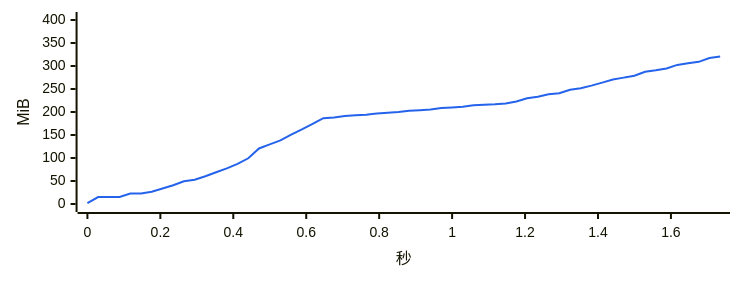
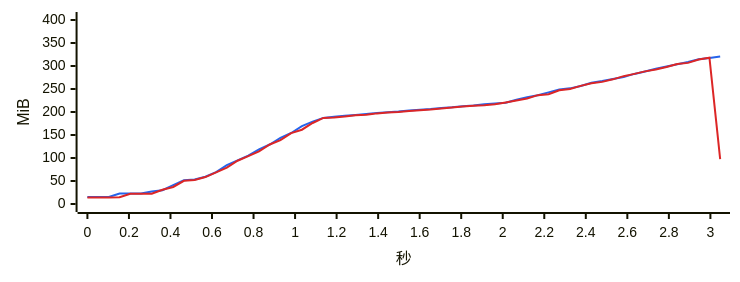
Diagram 14 of 17 in bench/v4.0.0/summary.md (334456777/WeFlow), drawn with Mermaid before and after one commit. The commit also changed other lines of this file and 3 other files, not shown here.

````diff
--- a/bench/v4.0.0/summary.md
+++ b/bench/v4.0.0/summary.md
@@ -419,7 +430,8 @@
 ```mermaid
-%%{init: {"xyChart": {"width": 720, "height": 260}, "themeVariables": {"xyChart": {"plotColorPalette": "#2563eb"}}}}%%
+%%{init: {"xyChart": {"width": 720, "height": 260}, "themeVariables": {"xyChart": {"plotColorPalette": "#2563eb, #dc2626"}}}}%%
 xychart-beta
-    x-axis "秒" 0 --> 1.735
+    x-axis "秒" 0 --> 3.047
     y-axis "MiB" 0 --> 400
-    line [1.8, 15.2, 15.2, 15.2, 22.6, 22.6, 26.7, 33.6, 40.8, 49.4, 52.8, 60.3, 69.0, 77.4, 87.2, 99.4, 120.7, 129.5, 138.4, 150.6, 162.0, 174.3, 186.6, 188.1, 191.1, 192.7, 194.1, 196.8, 198.5, 200.0, 202.6, 204.0, 205.6, 208.6, 209.9, 211.6, 214.5, 215.8, 216.7, 218.4, 223.0, 229.8, 233.2, 238.5, 240.8, 248.3, 251.7, 257.3, 263.9, 270.7, 274.7, 278.8, 287.6, 290.6, 294.7, 302.4, 306.2, 309.0, 317.2, 320.8]
+    line [15.1, 15.1, 15.1, 22.6, 22.6, 22.6, 27.2, 30.1, 41.0, 51.7, 53.1, 59.2, 69.4, 84.4, 94.7, 105.0, 118.9, 129.3, 143.8, 154.4, 169.3, 179.2, 187.2, 189.8, 192.1, 193.7, 195.7, 198.1, 199.4, 201.0, 203.4, 205.1, 206.6, 208.9, 210.3, 212.5, 214.3, 216.7, 218.3, 220.1, 226.6, 232.1, 236.4, 242.6, 248.9, 251.4, 256.5, 263.7, 267.3, 271.6, 276.2, 282.8, 288.1, 293.9, 299.1, 303.7, 308.6, 314.5, 317.6, 320.8]
+    line [14.3, 14.3, 14.3, 14.9, 22.3, 22.3, 22.3, 31.0, 37.0, 50.4, 52.3, 58.5, 68.7, 78.9, 94.1, 104.0, 114.3, 129.4, 138.8, 154.2, 161.5, 176.1, 187.1, 188.3, 190.4, 193.1, 194.2, 197.0, 198.9, 199.9, 202.4, 204.0, 205.6, 207.8, 209.6, 211.8, 213.6, 214.7, 217.0, 220.7, 224.9, 229.4, 236.6, 238.5, 247.3, 250.1, 256.8, 262.3, 265.5, 271.0, 277.9, 282.9, 288.3, 292.4, 297.8, 304.5, 306.8, 314.1, 318.1, 97.7]
 ```
````
